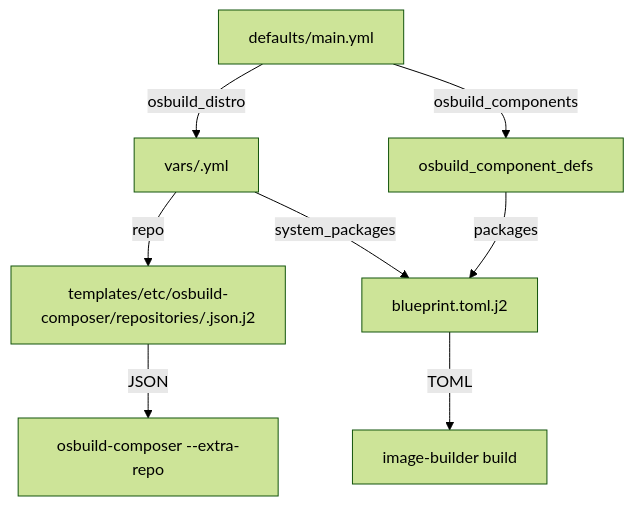
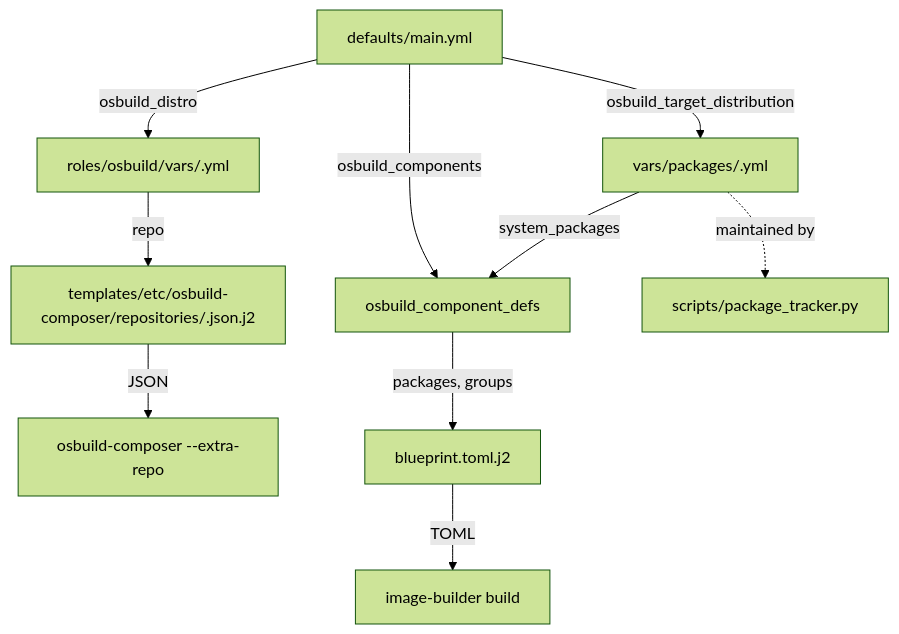
The diagram in roles/osbuild/.zread/wiki/versions/2026-10-03-135644/19-adding-support-for-new-distributions.md (b08x/osbuild), drawn with Mermaid (forest theme) before and after one commit. The commit also changed other lines of this file and 7 other files, not shown here.

Commit message:
docs(wiki): update 2026-10-03-135644 documentation for standalone repo extraction and package tracker TUI

````diff
--- a/roles/osbuild/.zread/wiki/versions/2026-10-03-135644/19-adding-support-for-new-distributions.md
+++ b/roles/osbuild/.zread/wiki/versions/2026-10-03-135644/19-adding-support-for-new-distributions.md
@@ -294,10 +388,12 @@
 ```mermaid
 flowchart TD
-    A[defaults/main.yml] -->|osbuild_distro| B[vars/<Distribution>.yml]
-    B -->|repo| C[templates/etc/osbuild-composer/repositories/<distribution>.json.j2]
-    C -->|JSON| D[osbuild-composer --extra-repo]
-    A -->|osbuild_components| E[osbuild_component_defs]
-    E -->|packages| F[blueprint.toml.j2]
-    B -->|system_packages| F
-    F -->|TOML| G[image-builder build]
+    A["defaults/main.yml"] -->|osbuild_distro| B["roles/osbuild/vars/<Distribution>.yml"]
+    A -->|osbuild_target_distribution| P["vars/packages/<Distribution>.yml"]
+    B -->|repo| C["templates/etc/osbuild-composer/repositories/<distribution>.json.j2"]
+    C -->|JSON| D["osbuild-composer --extra-repo"]
+    A -->|osbuild_components| E["osbuild_component_defs"]
+    P -->|system_packages| E
+    E -->|packages, groups| F["blueprint.toml.j2"]
+    F -->|TOML| G["image-builder build"]
+    P -.->|maintained by| T["scripts/package_tracker.py"]
 ```
````
